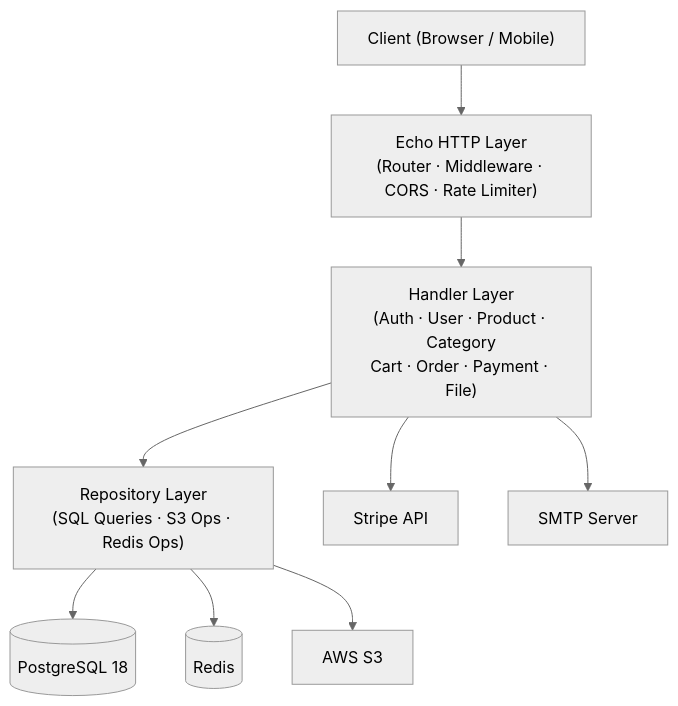
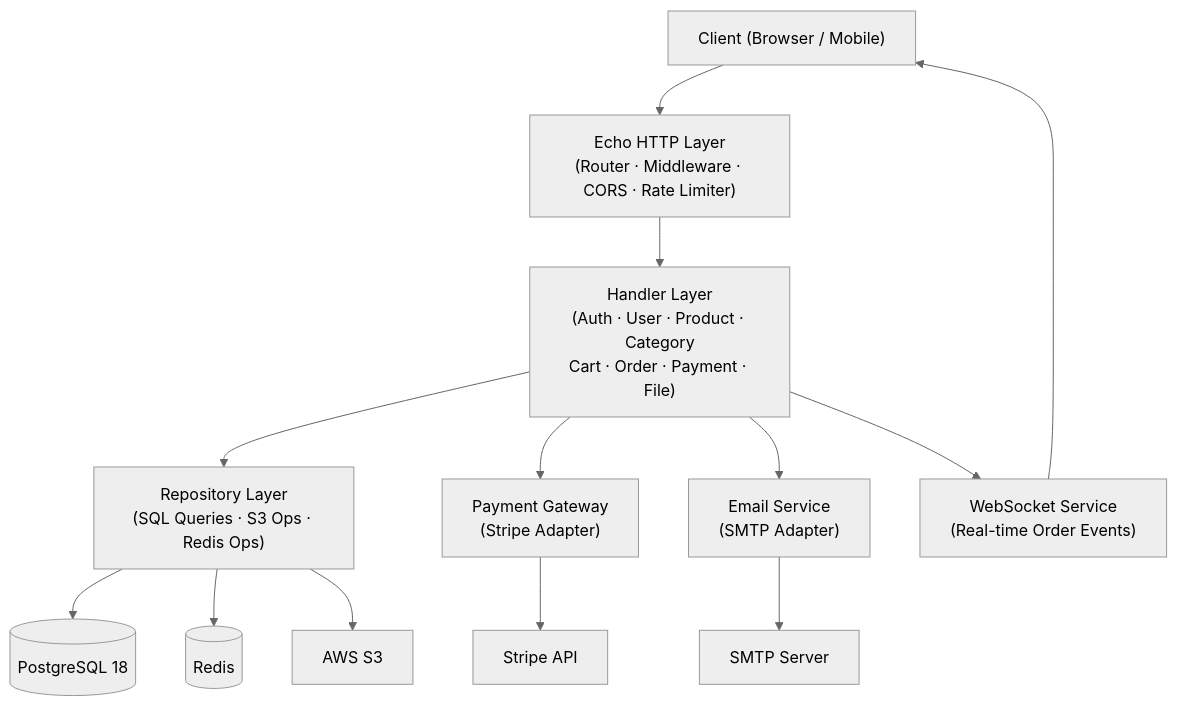
The diagram in README.md (Phuriphon-W/lorem-e-commerce-backend), drawn with Mermaid (neutral theme) before and after one commit.

Commit message:
fix: edit architecture overview

````diff
--- a/README.md
+++ b/README.md
@@ -30,21 +30,28 @@
 ```mermaid
 flowchart TD
     Client["Client (Browser / Mobile)"]
     Echo["Echo HTTP Layer\n(Router · Middleware · CORS · Rate Limiter)"]
     Handlers["Handler Layer\n(Auth · User · Product · Category\nCart · Order · Payment · File)"]
     Repos["Repository Layer\n(SQL Queries · S3 Ops · Redis Ops)"]
     PG[("PostgreSQL 18")]
     Redis[("Redis")]
     S3["AWS S3"]
+    PayGateway["Payment Gateway\n(Stripe Adapter)"]
     Stripe["Stripe API"]
+    EmailSvc["Email Service\n(SMTP Adapter)"]
     SMTP["SMTP Server"]
+    WS["WebSocket Service\n(Real-time Order Events)"]
 
     Client --> Echo
     Echo --> Handlers
     Handlers --> Repos
     Repos --> PG
     Repos --> Redis
     Repos --> S3
-    Handlers --> Stripe
-    Handlers --> SMTP
+    Handlers --> PayGateway
+    PayGateway --> Stripe
+    Handlers --> EmailSvc
+    EmailSvc --> SMTP
+    Handlers --> WS
+    WS --> Client
 ```
````
